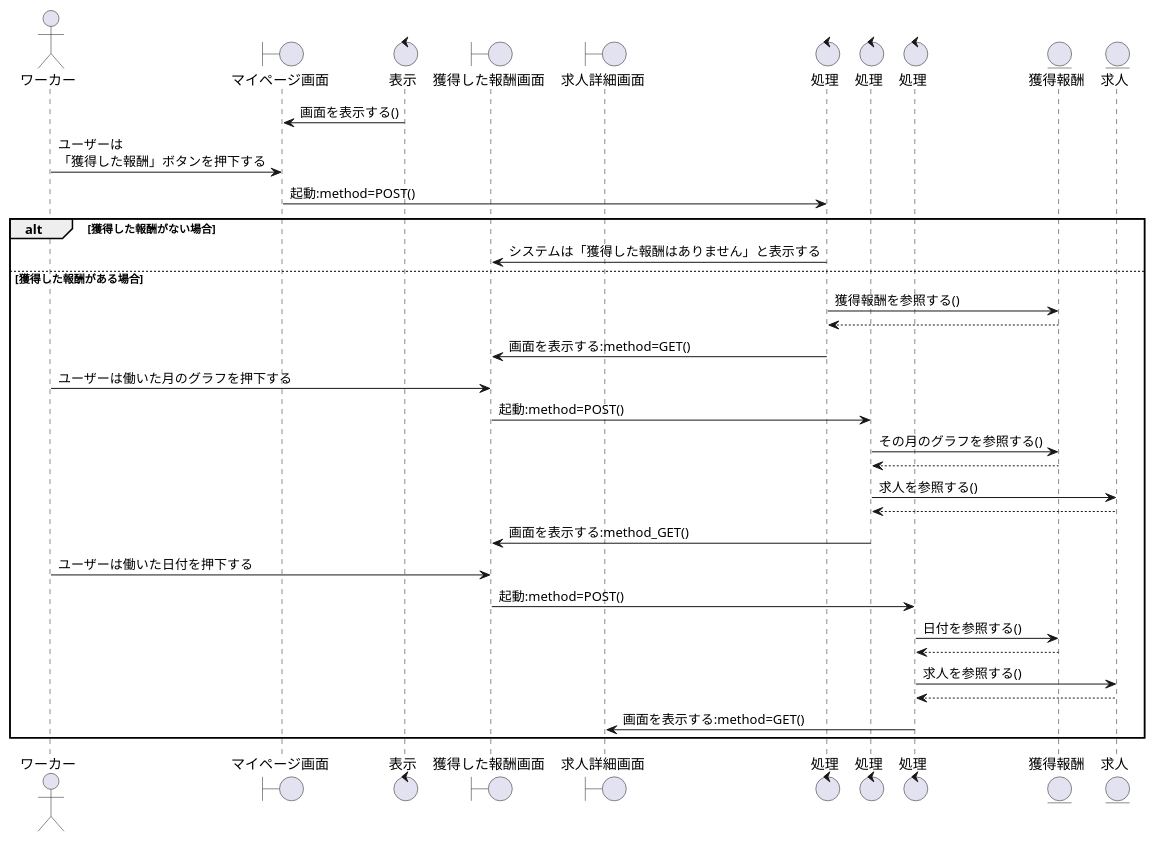
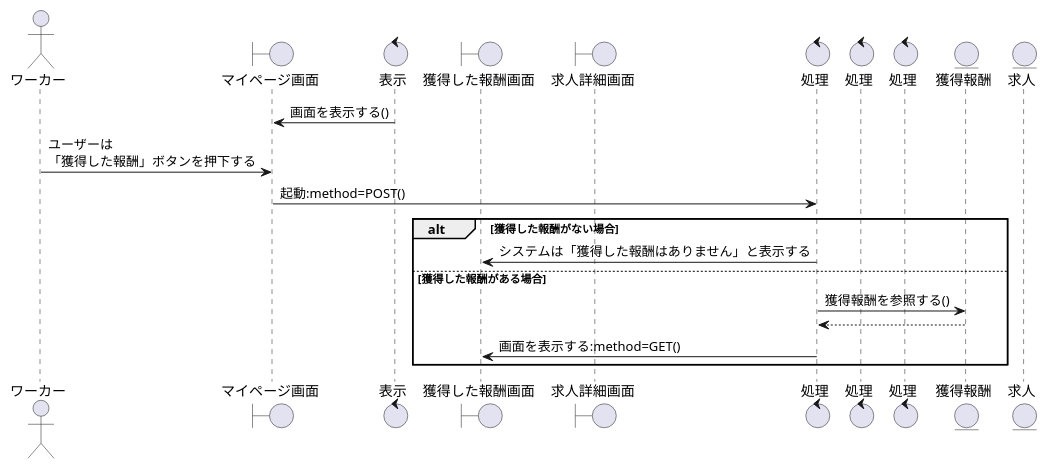
The diagram in sequence_fig/7_acconts_fn/09_獲得した報酬を閲覧する.pu (irukacb256/high_Me), drawn with PlantUML before and after one commit. The commit also changed 13 other files, not shown here.

```diff
--- a/sequence_fig/7_acconts_fn/09_獲得した報酬を閲覧する.pu
+++ b/sequence_fig/7_acconts_fn/09_獲得した報酬を閲覧する.pu
@@ -1,47 +1,31 @@
 @startuml 獲得した報酬を閲覧する
 
 actor ワーカー as wo1
 
 boundary マイページ画面 as bo1
 control 表示 as co1
 boundary 獲得した報酬画面 as bo2
 boundary 求人詳細画面 as bo3
 
 control 処理 as co2
 control 処理 as co3
 control 処理 as co4
 
 entity 獲得報酬 as en1
 entity 求人 as en2
 
 co1 -> bo1:画面を表示する()
 wo1 -> bo1:ユーザーは\n「獲得した報酬」ボタンを押下する
 bo1 -> co2:起動:method=POST()
 
 alt 獲得した報酬がない場合
     co2 -> bo2:システムは「獲得した報酬はありません」と表示する
 
 else 獲得した報酬がある場合
     co2 -> en1:獲得報酬を参照する()
     en1 --> co2
     co2 -> bo2:画面を表示する:method=GET()
 
-    wo1 -> bo2:ユーザーは働いた月のグラフを押下する
-    bo2 -> co3:起動:method=POST()
-    co3 -> en1:その月のグラフを参照する()
-    co3 <-- en1
-    co3 -> en2:求人を参照する()
-    co3 <-- en2
-    co3 -> bo2:画面を表示する:method_GET()
-
-    wo1 -> bo2:ユーザーは働いた日付を押下する
-    bo2 -> co4:起動:method=POST()
-    co4 -> en1:日付を参照する()
-    en1 --> co4
-    co4 -> en2:求人を参照する()
-    co4 <-- en2
-    co4 -> bo3:画面を表示する:method=GET()
-
 end
 
 @enduml
```
